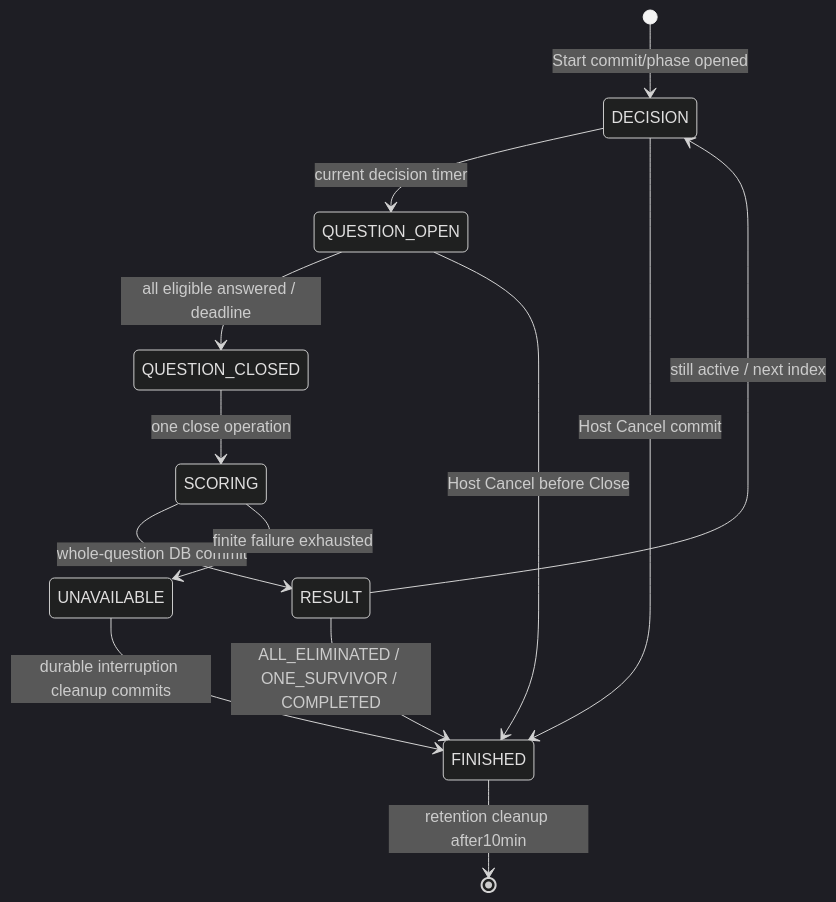
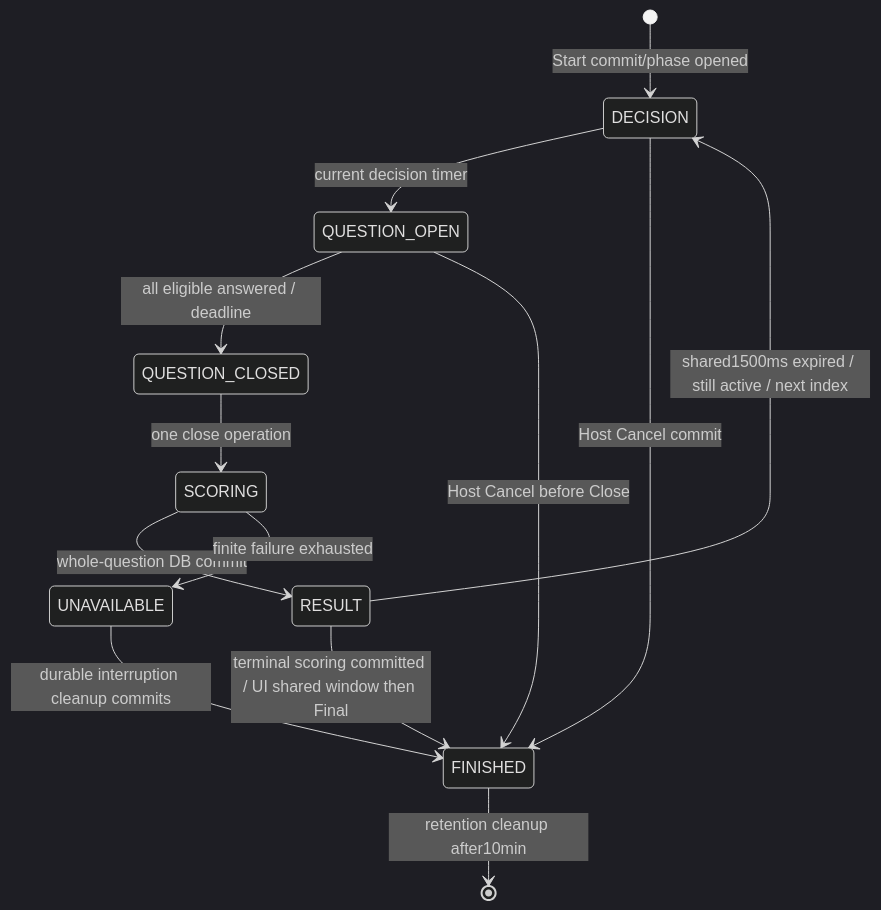
The fourth of 4 diagrams in docs/final-report.md (minhtri14012005/BTL_LTM), drawn with Mermaid (dark theme) before and after one commit. The commit also changed other lines of this file and 37 other files, not shown here.

````diff
--- a/docs/final-report.md
+++ b/docs/final-report.md
@@ -139,15 +139,15 @@
 ```mermaid
 stateDiagram-v2
     [*] --> DECISION: Start commit/phase opened
     DECISION --> QUESTION_OPEN: current decision timer
     QUESTION_OPEN --> QUESTION_CLOSED: all eligible answered / deadline
     QUESTION_CLOSED --> SCORING: one close operation
     SCORING --> RESULT: whole-question DB commit
-    RESULT --> DECISION: still active / next index
-    RESULT --> FINISHED: ALL_ELIMINATED / ONE_SURVIVOR / COMPLETED
+    RESULT --> DECISION: shared1500ms expired / still active / next index
+    RESULT --> FINISHED: terminal scoring committed / UI shared window then Final
     DECISION --> FINISHED: Host Cancel commit
     QUESTION_OPEN --> FINISHED: Host Cancel before Close
     SCORING --> UNAVAILABLE: finite failure exhausted
     UNAVAILABLE --> FINISHED: durable interruption cleanup commits
     FINISHED --> [*]: retention cleanup after10min
 ```
````
